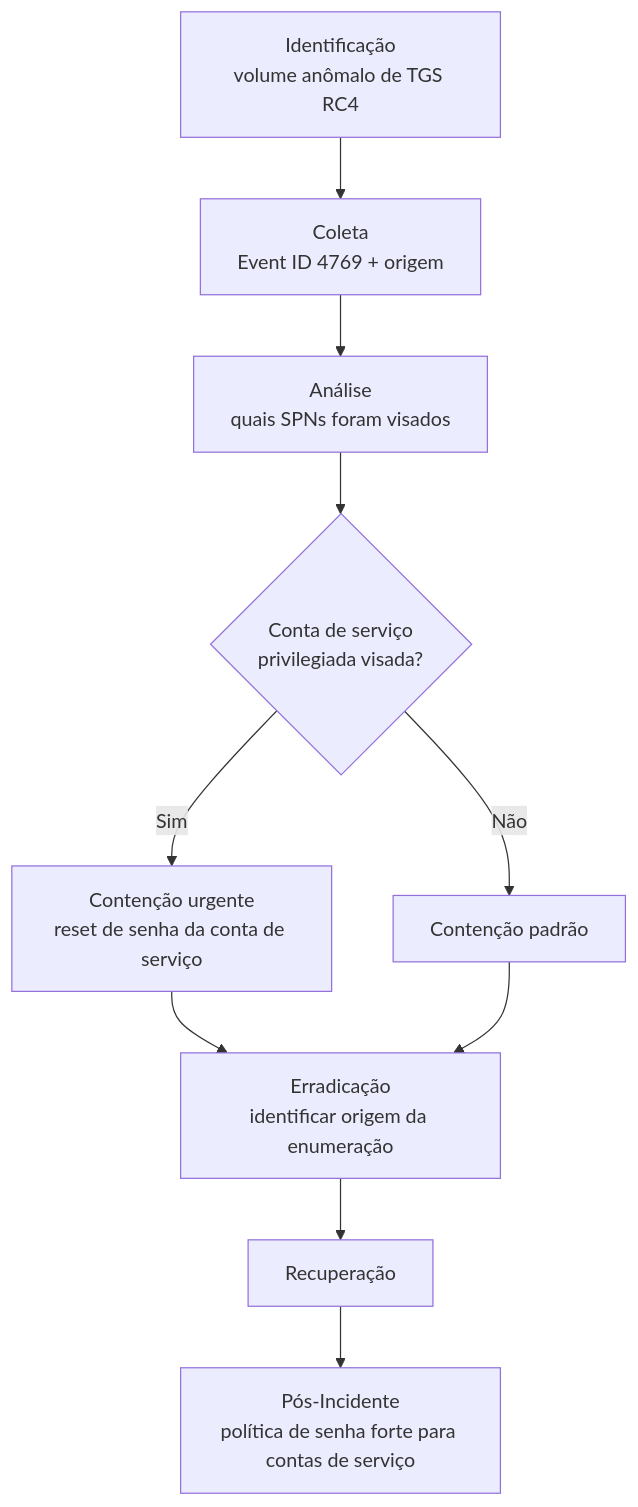
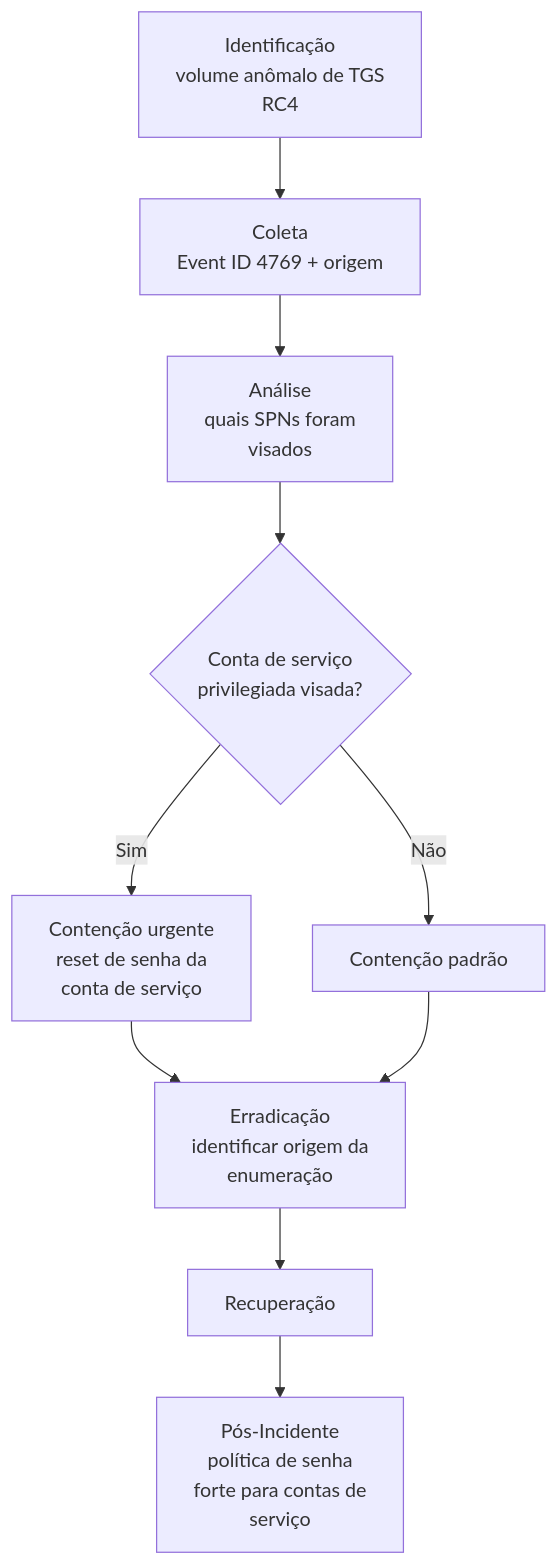
Before and after one commit to LuucasVerdun/Cyber-Attack-Analysis-Framework: the diagram in Attack-Categories/Kerberoasting/README.md, drawn with Mermaid. The commit also changed 28 other files, not shown here.

````diff
--- a/Attack-Categories/Kerberoasting/README.md
+++ b/Attack-Categories/Kerberoasting/README.md
@@ -38,12 +38,12 @@
 ```mermaid
 flowchart TD
-    A[Identificação<br/>volume anômalo de TGS RC4] --> B[Coleta<br/>Event ID 4769 + origem]
-    B --> C[Análise<br/>quais SPNs foram visados]
+    A[Identificação<br/>volume anômalo de TGS<br/>RC4] --> B[Coleta<br/>Event ID 4769 + origem]
+    B --> C[Análise<br/>quais SPNs foram<br/>visados]
     C --> D{Conta de serviço<br/>privilegiada visada?}
-    D -->|Sim| E[Contenção urgente<br/>reset de senha da conta de serviço]
+    D -->|Sim| E[Contenção urgente<br/>reset de senha da<br/>conta de serviço]
     D -->|Não| F[Contenção padrão]
-    E --> G[Erradicação<br/>identificar origem da enumeração]
+    E --> G[Erradicação<br/>identificar origem da<br/>enumeração]
     F --> G
     G --> H[Recuperação]
-    H --> I[Pós-Incidente<br/>política de senha forte para contas de serviço]
+    H --> I[Pós-Incidente<br/>política de senha<br/>forte para contas de<br/>serviço]
 ```
````
